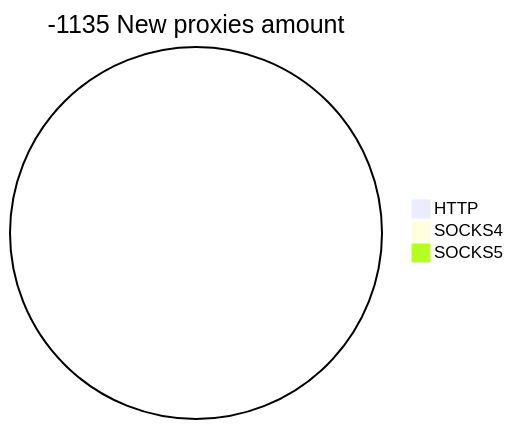
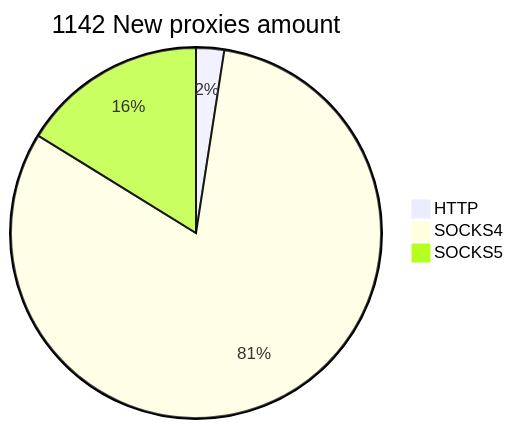
One commit to cutipu/proxylist changed the second of 2 diagrams in README.md. Above: the diagram before and after it, drawn with Mermaid. The commit also changed other lines of this file, not shown here.

````diff
--- a/README.md
+++ b/README.md
@@ -10,6 +10,6 @@
 ```mermaid
-pie title -1135 New proxies amount
-    "HTTP" : 0
-    "SOCKS4" : 0
-    "SOCKS5" : 0
+pie title 1142 New proxies amount
+    "HTTP" : 28
+    "SOCKS4" : 929
+    "SOCKS5" : 185
 ```
````
